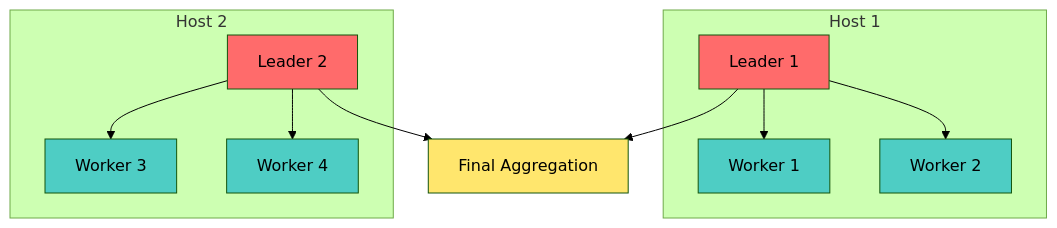
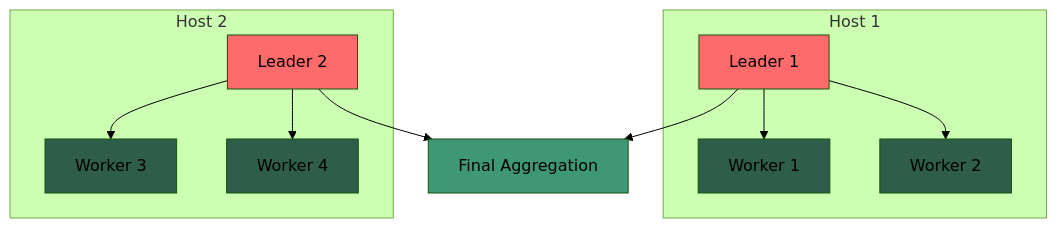
Before and after one commit to AlirezaShamsoshoara/monarch: diagram 14 of 15 in docs/MESHES.md, drawn with Mermaid (forest theme). The commit also changed other lines of this file, not shown here.

````diff
--- a/docs/MESHES.md
+++ b/docs/MESHES.md
@@ -767,25 +767,25 @@
 ```mermaid
 graph TB
     subgraph Host 1
         L1[Leader 1]
         L1 --> W1[Worker 1]
         L1 --> W2[Worker 2]
     end
 
     subgraph Host 2
         L2[Leader 2]
         L2 --> W3[Worker 3]
         L2 --> W4[Worker 4]
     end
 
     L1 --> F[Final Aggregation]
     L2 --> F
 
     style L1 fill:#ff6b6b
     style L2 fill:#ff6b6b
-    style W1 fill:#4ecdc4
-    style W2 fill:#4ecdc4
-    style W3 fill:#4ecdc4
-    style W4 fill:#4ecdc4
-    style F fill:#ffe66d
+    style W1 fill:#2e5e4a
+    style W2 fill:#2e5e4a
+    style W3 fill:#2e5e4a
+    style W4 fill:#2e5e4a
+    style F fill:#3e9876
 ```
````
